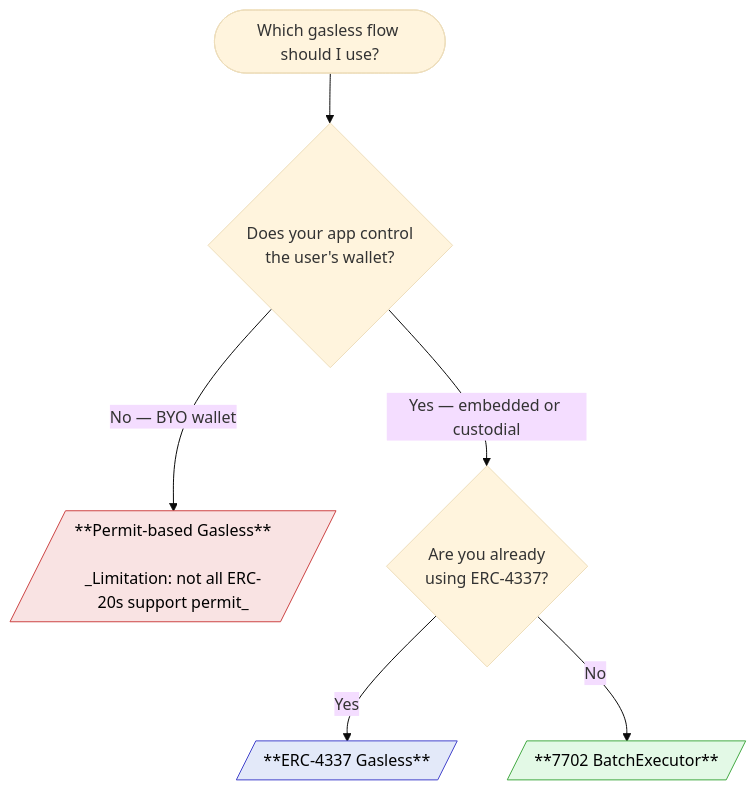
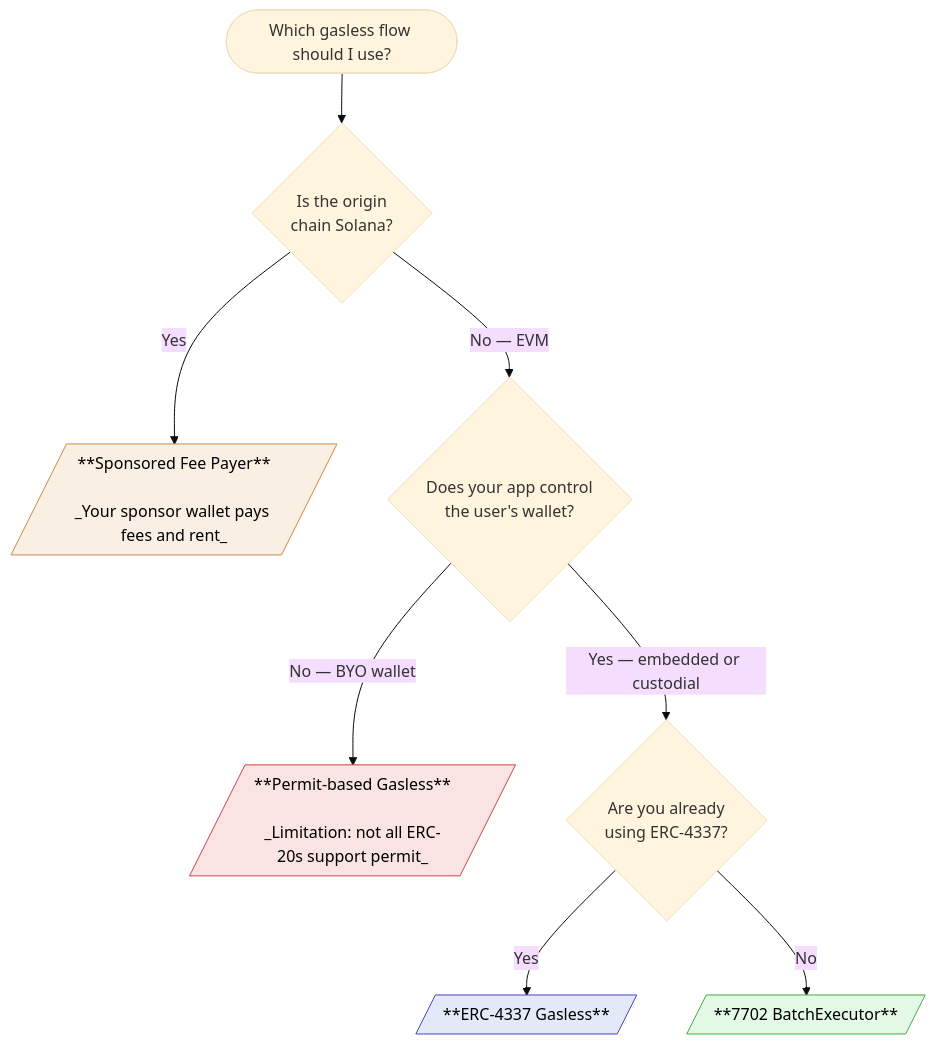
One commit to relayprotocol/relay-docs changed the diagram in features/gasless-swaps.mdx. Above: the diagram before and after it, drawn with Mermaid (base theme). The commit also changed other lines of this file, not shown here.

First line of the commit message:
docs(api): adds the Solana section to Gasless Swaps (#497)

````diff
--- a/features/gasless-swaps.mdx
+++ b/features/gasless-swaps.mdx
@@ -12,23 +12,29 @@
 ```mermaid placement="top-right"
 flowchart TD
-    Start([Which gasless flow should I use?]) --> WalletControl
+    Start([Which gasless flow should I use?]) --> Origin
+    Origin{Is the origin<br/>chain Solana?}
+    Origin -->|Yes| FeePayer
+    Origin -->|No — EVM| WalletControl
     WalletControl{Does your app control<br/>the user's wallet?}
     WalletControl -->|No — BYO wallet| Permit
     WalletControl -->|Yes — embedded or custodial| Has4337
     Has4337{Are you already<br/>using ERC-4337?}
     Has4337 -->|Yes| Smart4337
     Has4337 -->|No| BatchExecutor
 
     Permit[/"**Permit-based Gasless**<br/><br/>_Limitation: not all ERC-20s support permit_"/]
     Smart4337[/"**ERC-4337 Gasless**"/]
     BatchExecutor[/"**7702 BatchExecutor**"/]
+    FeePayer[/"**Sponsored Fee Payer**<br/><br/>_Your sponsor wallet pays fees and rent_"/]
 
     click Permit "#permit-based-gasless" _blank
     click Smart4337 "#erc-4337-gasless" _blank
     click BatchExecutor "#7702-batchexecutor" _blank
+    click FeePayer "#gasless-swaps-on-solana" _blank
 
     style Permit fill:#f9e3e3,stroke:#c44,color:#000
     style Smart4337 fill:#e3e9f9,stroke:#44c,color:#000
     style BatchExecutor fill:#e3f9e6,stroke:#4a4,color:#000
+    style FeePayer fill:#f9f0e3,stroke:#c84,color:#000
 
   ```
````
